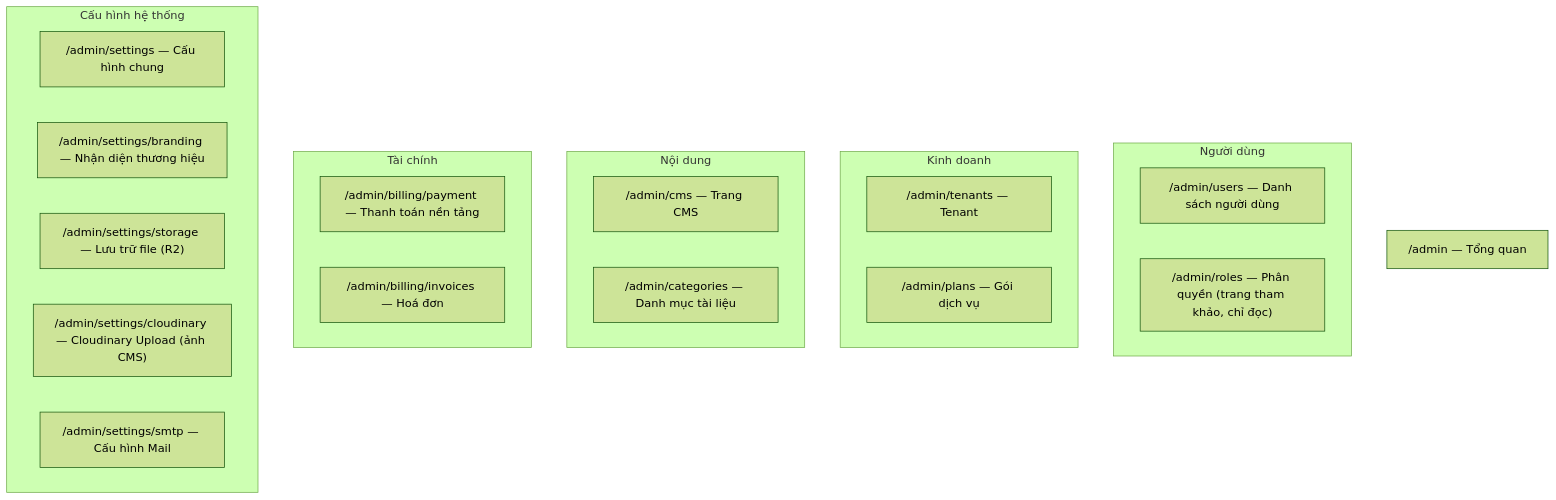
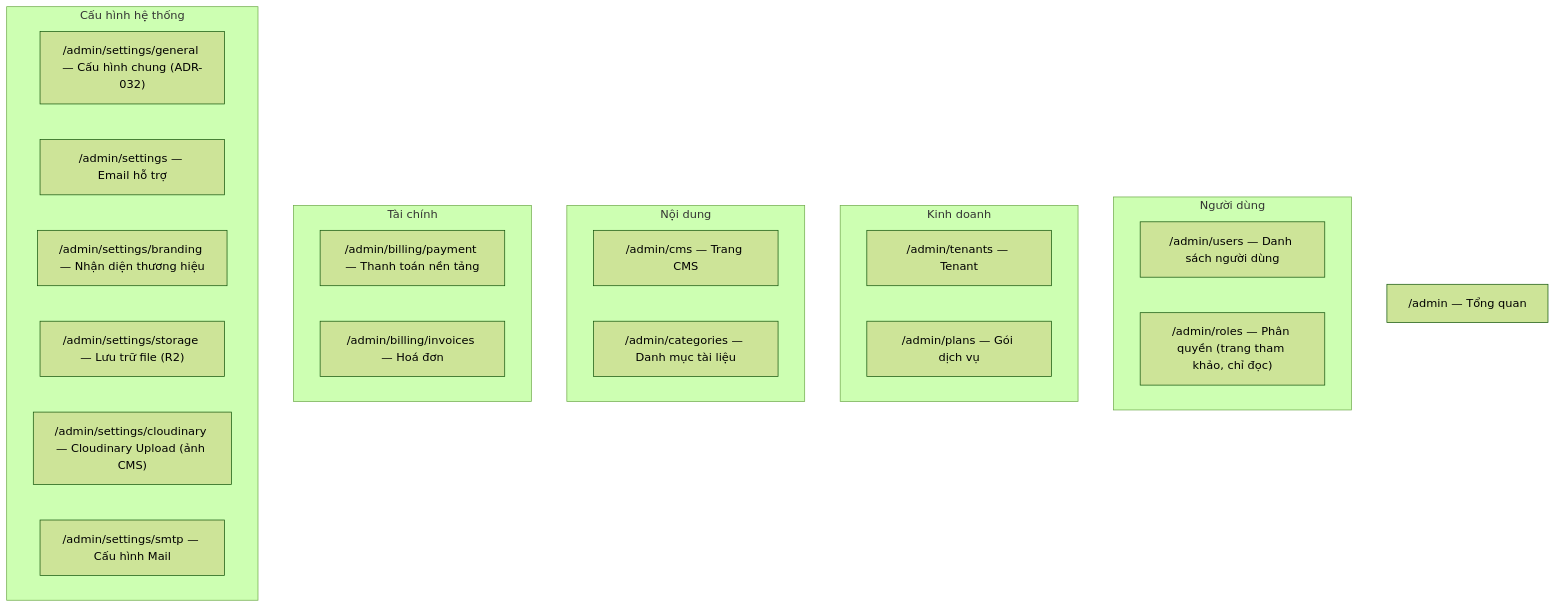
One commit to vtphong91/gieochu changed the first of 2 diagrams in obsidian-knowledge-base/02-System-Specs/User-Management-System-Center-Specs.md. Above: the diagram before and after it, drawn with Mermaid (forest theme). The commit also changed other lines of this file and 94 other files, not shown here.

````diff
--- a/obsidian-knowledge-base/02-System-Specs/User-Management-System-Center-Specs.md
+++ b/obsidian-knowledge-base/02-System-Specs/User-Management-System-Center-Specs.md
@@ -38,27 +38,28 @@
 ```mermaid
 flowchart TB
     Root["/admin — Tổng quan"]
     subgraph G1["Người dùng"]
         U1["/admin/users — Danh sách người dùng"]
         U2["/admin/roles — Phân quyền (trang tham khảo, chỉ đọc)"]
     end
     subgraph G2["Kinh doanh"]
         B1["/admin/tenants — Tenant"]
         B2["/admin/plans — Gói dịch vụ"]
     end
     subgraph G3["Nội dung"]
         C1["/admin/cms — Trang CMS"]
         C2["/admin/categories — Danh mục tài liệu"]
     end
     subgraph G4["Tài chính"]
         F1["/admin/billing/payment — Thanh toán nền tảng"]
         F2["/admin/billing/invoices — Hoá đơn"]
     end
     subgraph G5["Cấu hình hệ thống"]
-        S1["/admin/settings — Cấu hình chung"]
+        S0["/admin/settings/general — Cấu hình chung (ADR-032)"]
+        S1["/admin/settings — Email hỗ trợ"]
         S2["/admin/settings/branding — Nhận diện thương hiệu"]
         S3["/admin/settings/storage — Lưu trữ file (R2)"]
         S4["/admin/settings/cloudinary — Cloudinary Upload (ảnh CMS)"]
         S5["/admin/settings/smtp — Cấu hình Mail"]
     end
 ```
````
